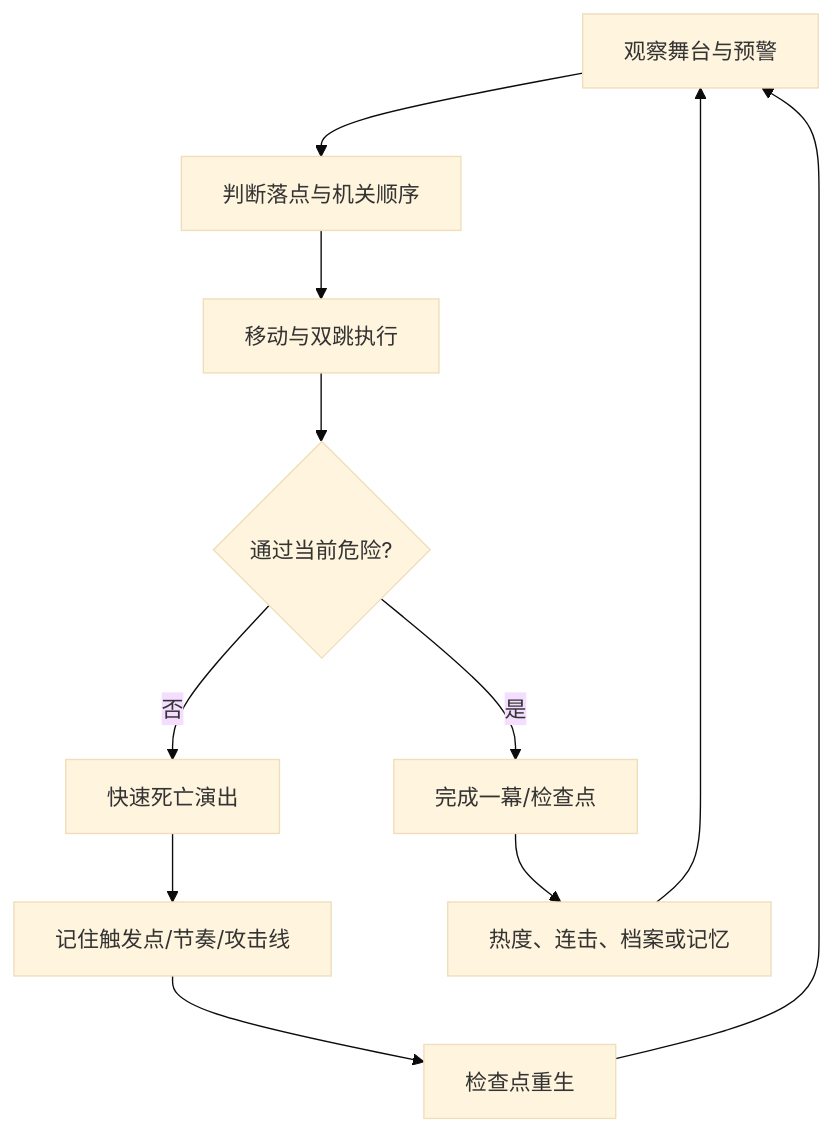
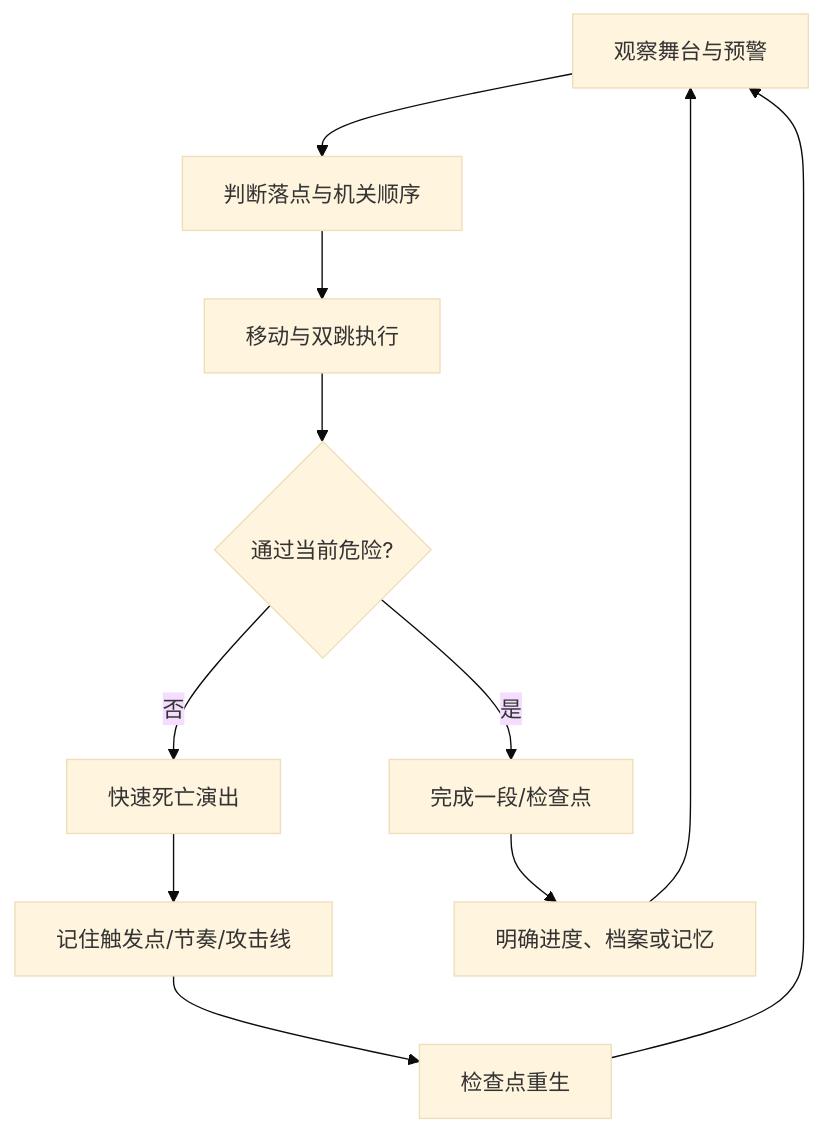
The diagram in docs/01-游戏设计文档-GDD.md (liuzhanrui30-boop/lost-memory-park), drawn with Mermaid (base theme) before and after one commit. The commit also changed other lines of this file and 37 other files, not shown here.

````diff
--- a/docs/01-游戏设计文档-GDD.md
+++ b/docs/01-游戏设计文档-GDD.md
@@ -66,13 +66,13 @@
 ```mermaid
 flowchart TD
     Read[观察舞台与预警] --> Plan[判断落点与机关顺序]
     Plan --> Execute[移动与双跳执行]
     Execute --> Success{通过当前危险?}
     Success -- 否 --> Death[快速死亡演出]
     Death --> Learn[记住触发点/节奏/攻击线]
     Learn --> Respawn[检查点重生]
     Respawn --> Read
-    Success -- 是 --> Beat[完成一幕/检查点]
-    Beat --> Reward[热度、连击、档案或记忆]
+    Success -- 是 --> Beat[完成一段/检查点]
+    Beat --> Reward[明确进度、档案或记忆]
     Reward --> Read
 ```
````
